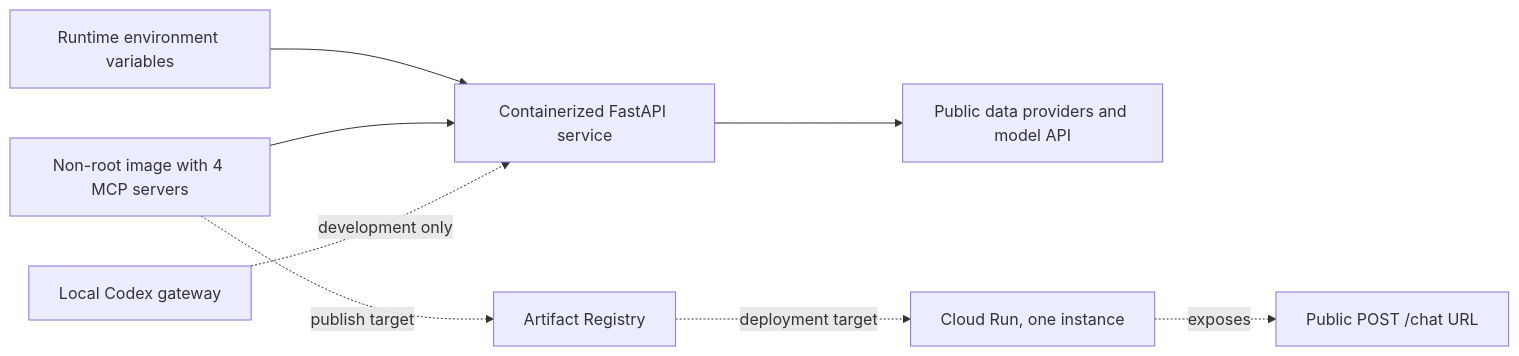
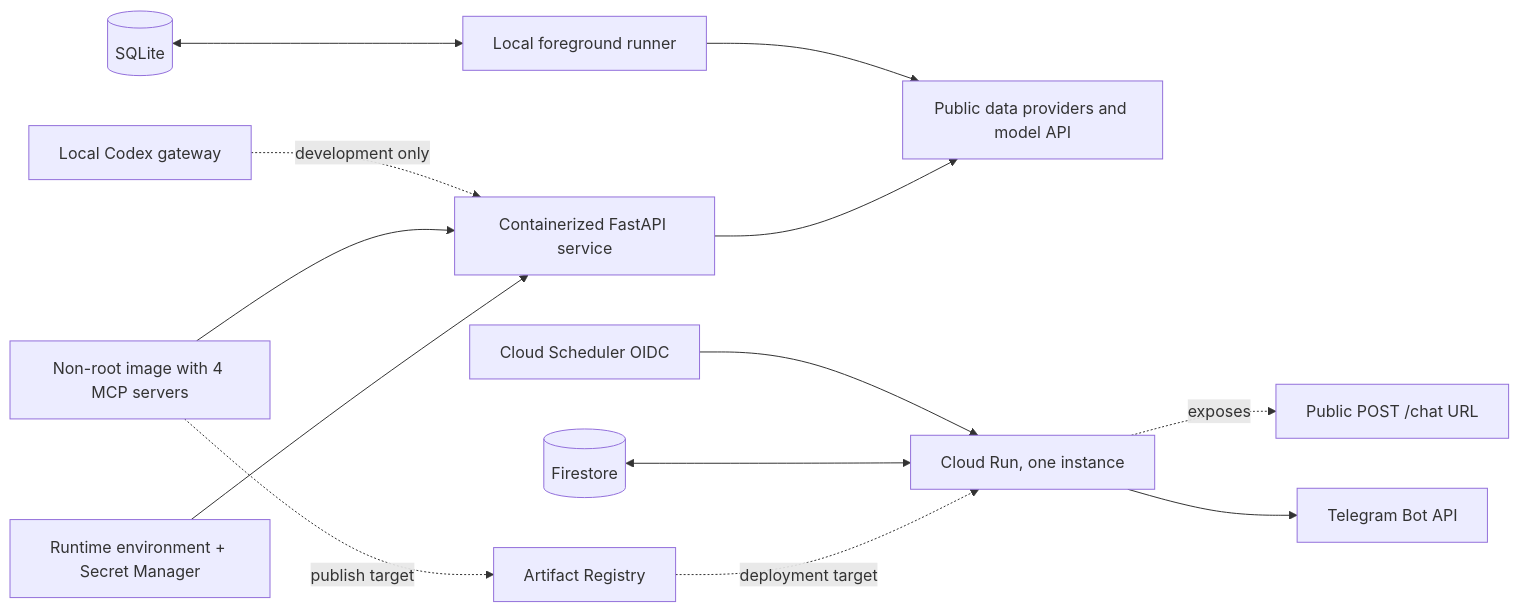
Before and after one commit to waderylan/prediction-market-agent: the third of 3 diagrams in README.md, drawn with Mermaid. The commit also changed other lines of this file and 34 other files, not shown here.

````diff
--- a/README.md
+++ b/README.md
@@ -254,10 +344,15 @@
 ```mermaid
 flowchart LR
-    ENV[Runtime environment variables] --> APP[Containerized FastAPI service]
+    ENV[Runtime environment + Secret Manager] --> APP[Containerized FastAPI service]
     IMG[Non-root image with 4 MCP servers] --> APP
     APP --> EXT[Public data providers and model API]
     IMG -. publish target .-> AR[Artifact Registry]
     AR -. deployment target .-> CR[Cloud Run, one instance]
     CR -. exposes .-> URL[Public POST /chat URL]
+    FS[(Firestore)] <--> CR
+    SCH[Cloud Scheduler OIDC] --> CR
+    CR --> TELE[Telegram Bot API]
+    SQL[(SQLite)] <--> LOCAL[Local foreground runner]
+    LOCAL --> EXT
     DEV[Local Codex gateway] -. development only .-> APP
 ```
````
